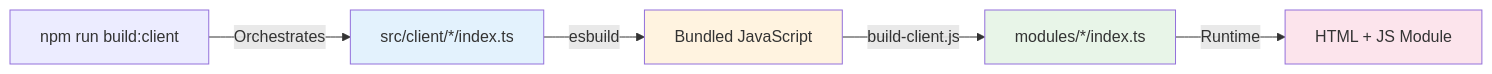
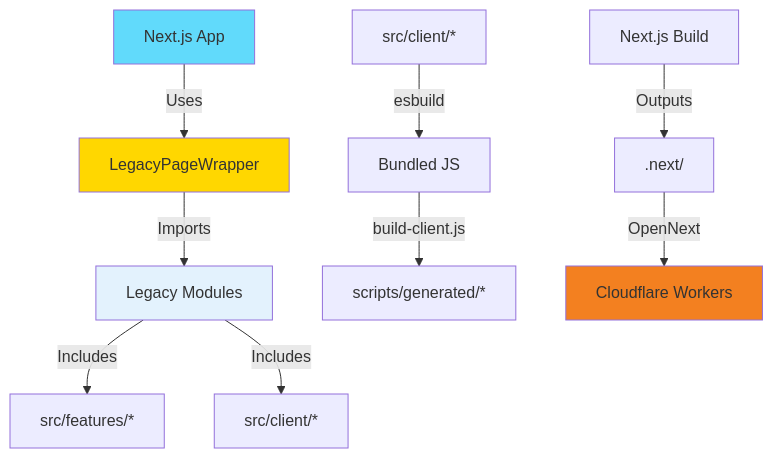
One commit to istarwyh/ai-speeds changed the third of 3 diagrams in README.md. Above: the diagram before and after it, drawn with Mermaid. The commit also changed other lines of this file and 33 other files, not shown here.

First line of the commit message:
feat: migrate from Cloudflare Workers to Next.js 15 architecture

````diff
--- a/README.md
+++ b/README.md
@@ -262,12 +274,18 @@
 ```mermaid
-graph LR
-    A[src/client/*/index.ts] -->|esbuild| B[Bundled JavaScript]
-    B -->|build-client.js| C[modules/*/index.ts]
-    C -->|Runtime| D[HTML + JS Module]
-    E[npm run build:client] -->|Orchestrates| A
+graph TB
+    A[Next.js App] -->|Uses| B[LegacyPageWrapper]
+    B -->|Imports| C[Legacy Modules]
+    C -->|Includes| D[src/features/*]
+    C -->|Includes| E[src/client/*]
+    
+    F[src/client/*] -->|esbuild| G[Bundled JS]
+    G -->|build-client.js| H[scripts/generated/*]
+    
+    I[Next.js Build] -->|Outputs| J[.next/]
+    J -->|OpenNext| K[Cloudflare Workers]
 
-    style A fill:#e3f2fd
-    style B fill:#fff3e0
-    style C fill:#e8f5e8
-    style D fill:#fce4ec
+    style A fill:#61dafb
+    style B fill:#ffd700
+    style C fill:#e3f2fd
+    style K fill:#f38020
 ```
````
